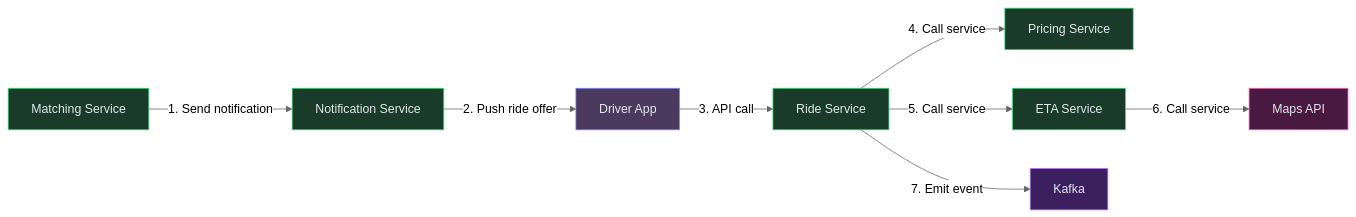
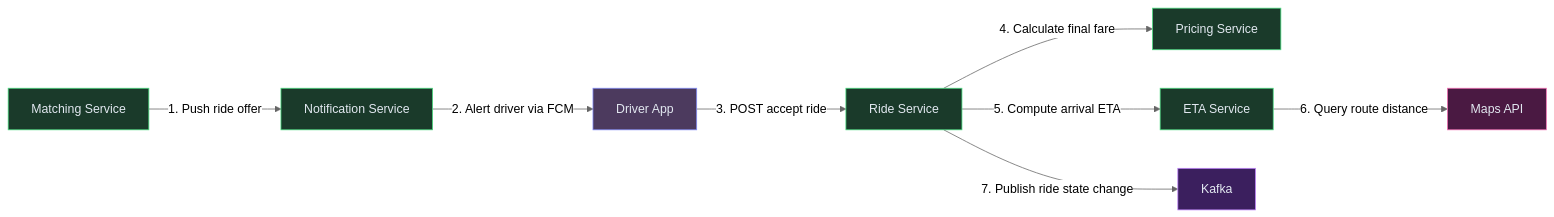
Before and after one commit to iluzn/HLD-Designs: the fourth of 11 diagrams in content/hld/Uber.md, drawn with Mermaid (neutral theme). The commit also changed other lines of this file and 27 other files, not shown here.

````diff
--- a/content/hld/Uber.md
+++ b/content/hld/Uber.md
@@ -291,24 +291,24 @@
 ```mermaid
 flowchart LR
     MS["Matching Service"]:::service
     NS["Notification Service"]:::service
     Driver["Driver App"]:::client
     RS["Ride Service"]:::service
     PS["Pricing Service"]:::service
     ETA["ETA Service"]:::service
     Maps["Maps API"]:::external
     KF["Kafka"]:::async
 
-    MS -->|"1. Send notification"| NS
-    NS -->|"2. Push ride offer"| Driver
-    Driver -->|"3. API call"| RS
-    RS -->|"4. Call service"| PS
-    RS -->|"5. Call service"| ETA
-    ETA -->|"6. Call service"| Maps
-    RS -->|"7. Emit event"| KF
+    MS -->|"1. Push ride offer"| NS
+    NS -->|"2. Alert driver via FCM"| Driver
+    Driver -->|"3. POST accept ride"| RS
+    RS -->|"4. Calculate final fare"| PS
+    RS -->|"5. Compute arrival ETA"| ETA
+    ETA -->|"6. Query route distance"| Maps
+    RS -->|"7. Publish ride state change"| KF
 
     classDef client fill:#4c3a5e,stroke:#818cf8,color:#e2e8f0
     classDef service fill:#1a3a2a,stroke:#4ade80,color:#e2e8f0
     classDef external fill:#4a1942,stroke:#f472b6,color:#e2e8f0
     classDef async fill:#3b1f5e,stroke:#c084fc,color:#e2e8f0
 ```
````
